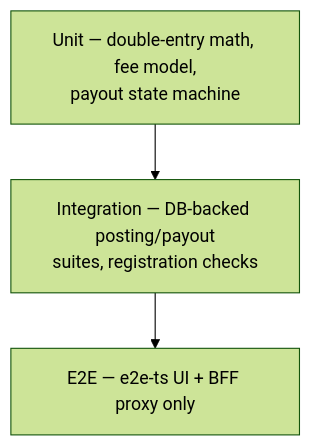
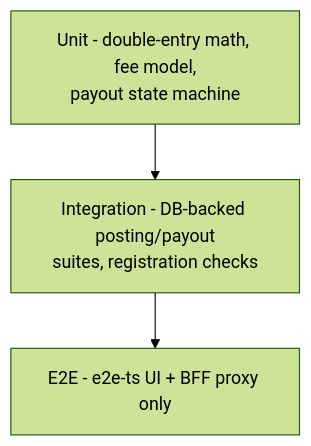
The seventh of 7 diagrams in docs/products/ledger/design.md (commerce8/bill8-site), drawn with Mermaid (forest theme) before and after one commit. The commit also changed other lines of this file and 45 other files, not shown here.

````diff
--- a/docs/products/ledger/design.md
+++ b/docs/products/ledger/design.md
@@ -208,5 +208,5 @@
 ```mermaid
 graph TD
-    U["Unit — double-entry math, fee model,<br/>payout state machine"] --> I["Integration — DB-backed posting/payout<br/>suites, registration checks"]
-    I --> E["E2E — e2e-ts UI + BFF proxy only"]
+    U["Unit - double-entry math, fee model,<br/>payout state machine"] --> I["Integration - DB-backed posting/payout<br/>suites, registration checks"]
+    I --> E["E2E - e2e-ts UI + BFF proxy only"]
 ```
````
